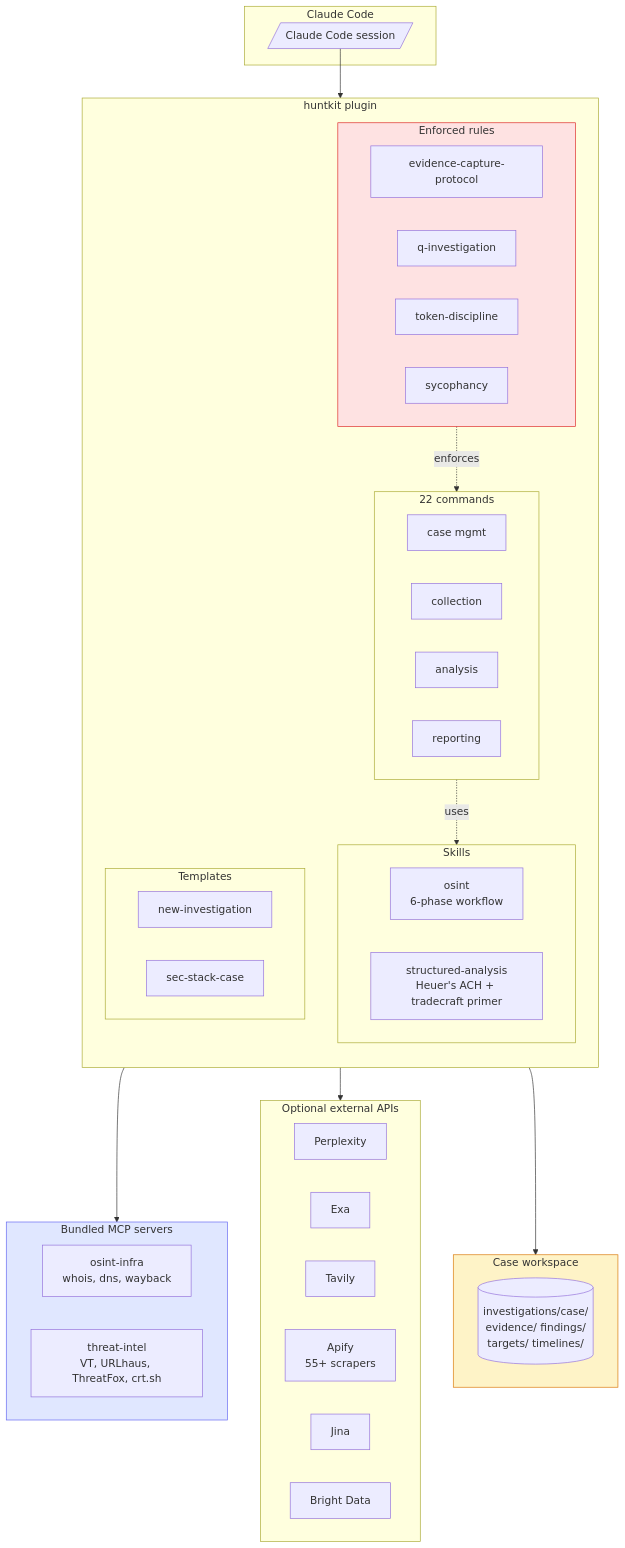
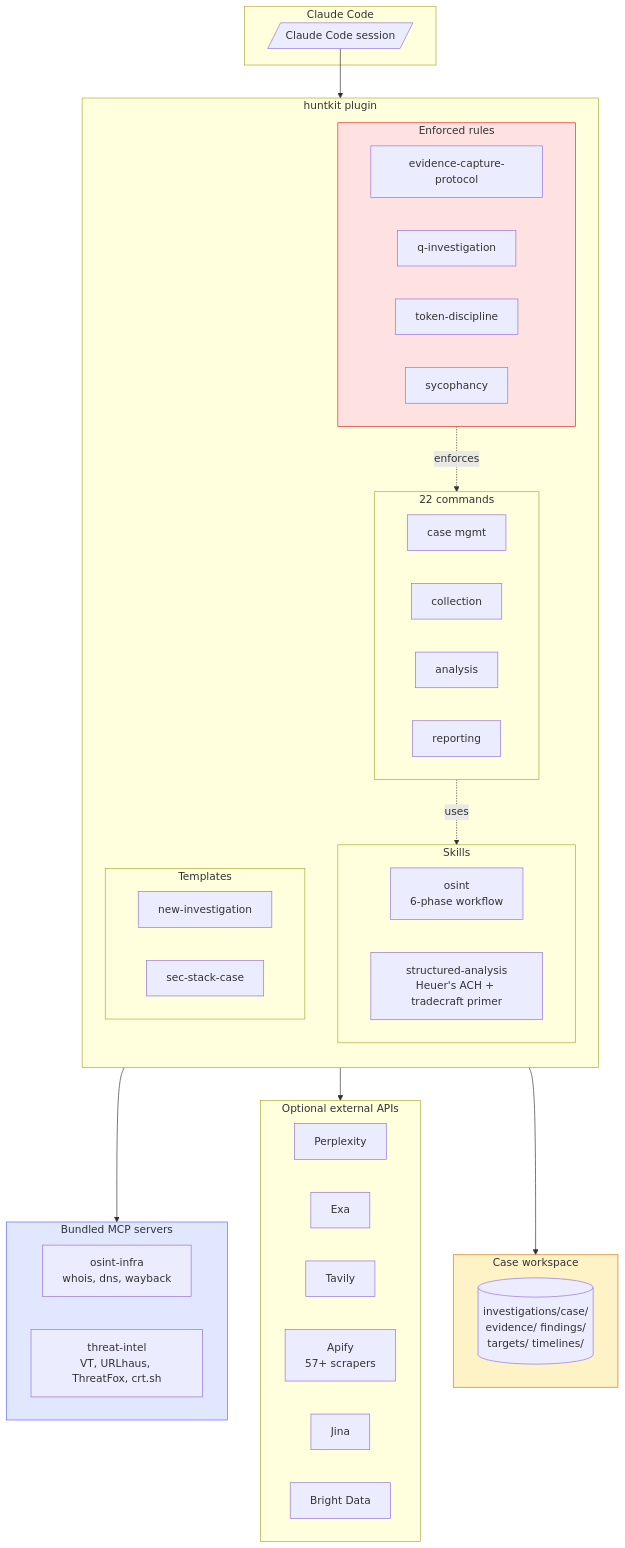
One commit to assafkip/huntkit changed the second of 2 diagrams in README.md. Above: the diagram before and after it, drawn with Mermaid. The commit also changed other lines of this file and 6 other files, not shown here.

````diff
--- a/README.md
+++ b/README.md
@@ -63,62 +63,62 @@
 ```mermaid
 graph TB
     subgraph Claude[Claude Code]
         CC[/Claude Code session/]
     end
 
     subgraph huntkit[huntkit plugin]
         direction TB
         subgraph Skills
             OSINT_S[osint<br/>6-phase workflow]
             SA_S[structured-analysis<br/>Heuer's ACH + tradecraft primer]
         end
 
         subgraph Commands[22 commands]
             CM[case mgmt]
             CL[collection]
             AN[analysis]
             RP[reporting]
         end
 
         subgraph Rules[Enforced rules]
             EC[evidence-capture-protocol]
             QI[q-investigation]
             TD[token-discipline]
             SY[sycophancy]
         end
 
         subgraph Templates
             NI[new-investigation]
             SS[sec-stack-case]
         end
     end
 
     subgraph MCP[Bundled MCP servers]
         OI[osint-infra<br/>whois, dns, wayback]
         TI[threat-intel<br/>VT, URLhaus, ThreatFox, crt.sh]
     end
 
     subgraph External[Optional external APIs]
         PPL[Perplexity]
         EXA[Exa]
         TAV[Tavily]
-        APF[Apify<br/>55+ scrapers]
+        APF[Apify<br/>57+ scrapers]
         JIN[Jina]
         BD[Bright Data]
     end
 
     subgraph Case[Case workspace]
         EVD[(investigations/case/<br/>evidence/ findings/<br/>targets/ timelines/)]
     end
 
     CC --> huntkit
     huntkit --> MCP
     huntkit --> External
     huntkit --> Case
     Rules -.enforces.-> Commands
     Commands -.uses.-> Skills
 
     style Case fill:#fef3c7,stroke:#d97706
     style MCP fill:#e0e7ff,stroke:#6366f1
     style Rules fill:#fee2e2,stroke:#dc2626
 ```
````
